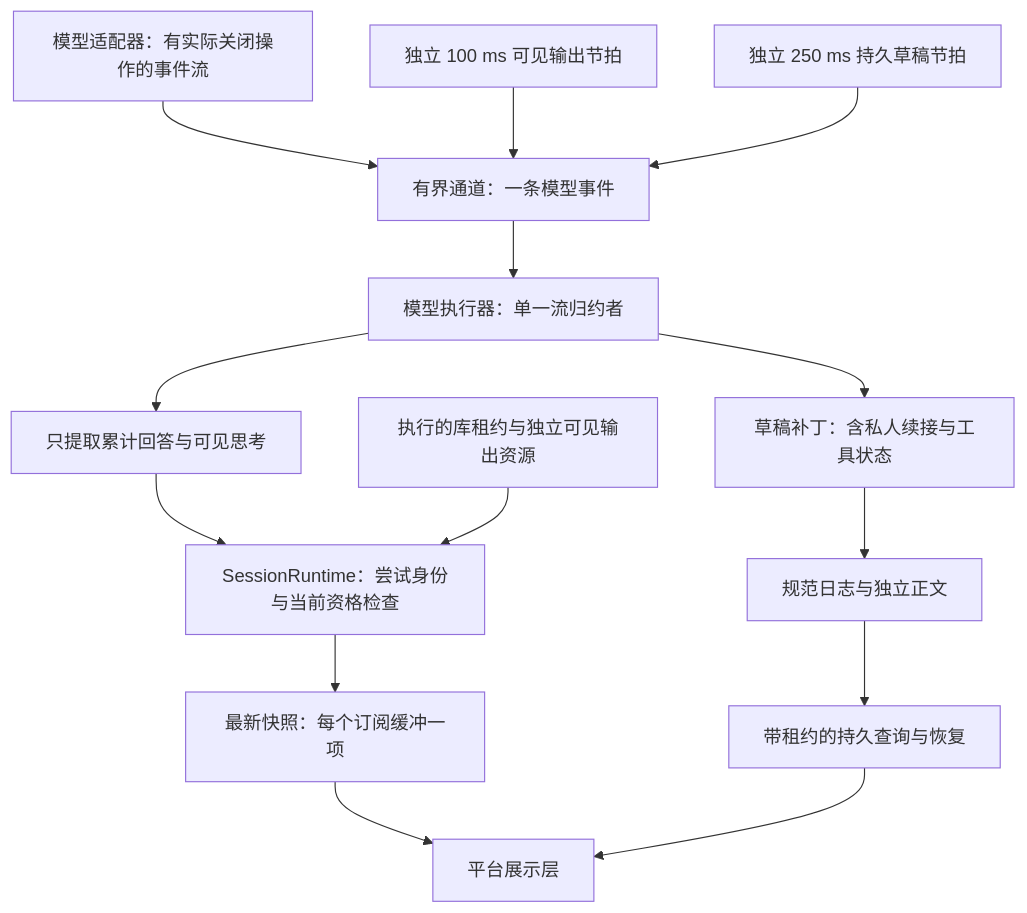
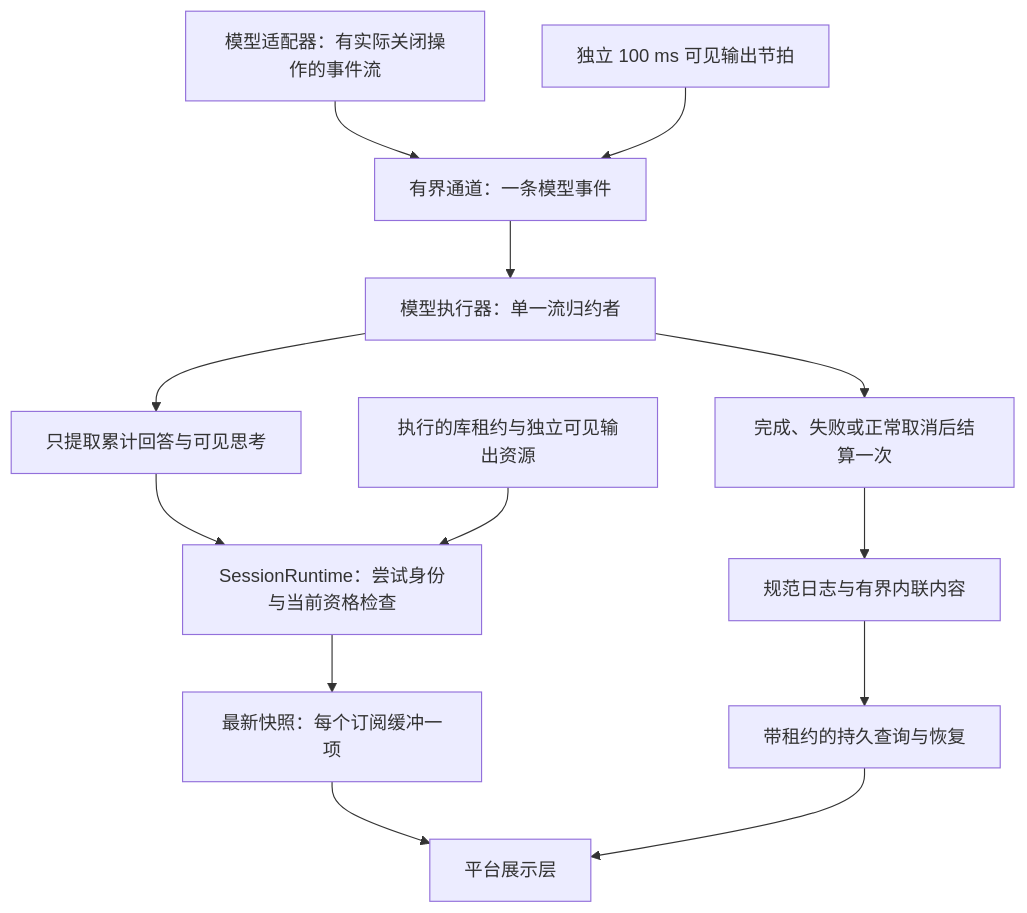
Before and after one commit to alwynou/mira: the first of 2 diagrams in docs/architecture/AGENT_LIVE_OUTPUT.md, drawn with Mermaid. The commit also changed other lines of this file and 290 other files, not shown here.

````diff
--- a/docs/architecture/AGENT_LIVE_OUTPUT.md
+++ b/docs/architecture/AGENT_LIVE_OUTPUT.md
@@ -19,16 +19,15 @@
 ```mermaid
 flowchart TB
     Adapter[模型适配器：有实际关闭操作的事件流] --> Channel[有界通道：一条模型事件]
     LiveTimer[独立 100 ms 可见输出节拍] --> Channel
-    DraftTimer[独立 250 ms 持久草稿节拍] --> Channel
     Channel --> Consumer[模型执行器：单一流归约者]
     Consumer --> Visible[只提取累计回答与可见思考]
     Visible --> Session[SessionRuntime：尝试身份与当前资格检查]
     Lease[执行的库租约与独立可见输出资源] --> Session
     Session --> Latest[最新快照：每个订阅缓冲一项]
     Latest --> Host[平台展示层]
-    Consumer --> Draft[草稿补丁：含私人续接与工具状态]
-    Draft --> Journal[规范日志与独立正文]
+    Consumer --> Settled[完成、失败或正常取消后结算一次]
+    Settled --> Journal[规范日志与有界内联内容]
     Journal --> Query[带租约的持久查询与恢复]
     Query --> Host
 ```
````
